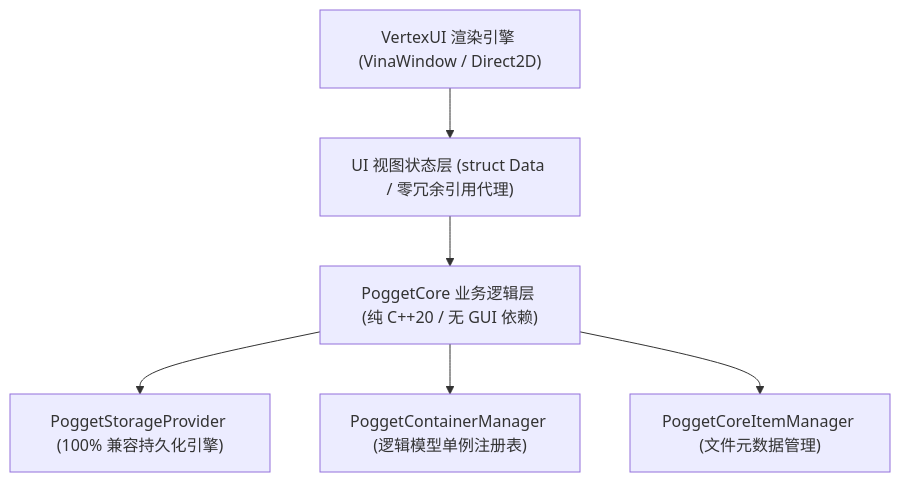
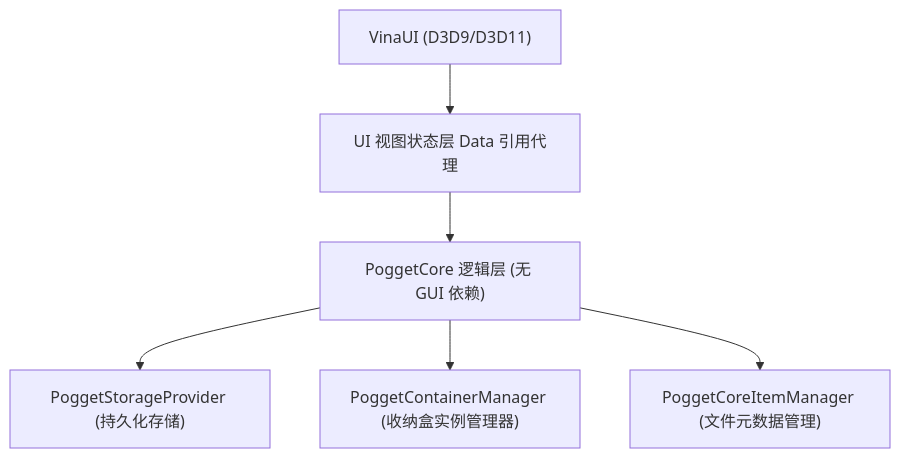
Before and after one commit to EnderMo/PoggetCore: the diagram in README.md, drawn with Mermaid. The commit also changed other lines of this file, not shown here.

Commit message:
Update architecture diagram in README.md

````diff
--- a/README.md
+++ b/README.md
@@ -11,8 +11,8 @@
 ```mermaid
 graph TD
-    UI["VertexUI 渲染引擎 (VinaWindow / Direct2D)"] --> ViewState["UI 视图状态层 (struct Data / 零冗余引用代理)"]
-    ViewState --> Core["PoggetCore 业务逻辑层 (纯 C++20 / 无 GUI 依赖)"]
-    Core --> Storage["PoggetStorageProvider (100% 兼容持久化引擎)"]
-    Core --> CoreMgr["PoggetContainerManager (逻辑模型单例注册表)"]
+    UI["VinaUI (D3D9/D3D11) "] --> ViewState["UI 视图状态层 Data 引用代理"]
+    ViewState --> Core["PoggetCore 逻辑层 (无 GUI 依赖)"]
+    Core --> Storage["PoggetStorageProvider (持久化存储)"]
+    Core --> CoreMgr["PoggetContainerManager (收纳盒实例管理器)"]
     Core --> ItemMgr["PoggetCoreItemManager (文件元数据管理)"]
 ```
````
